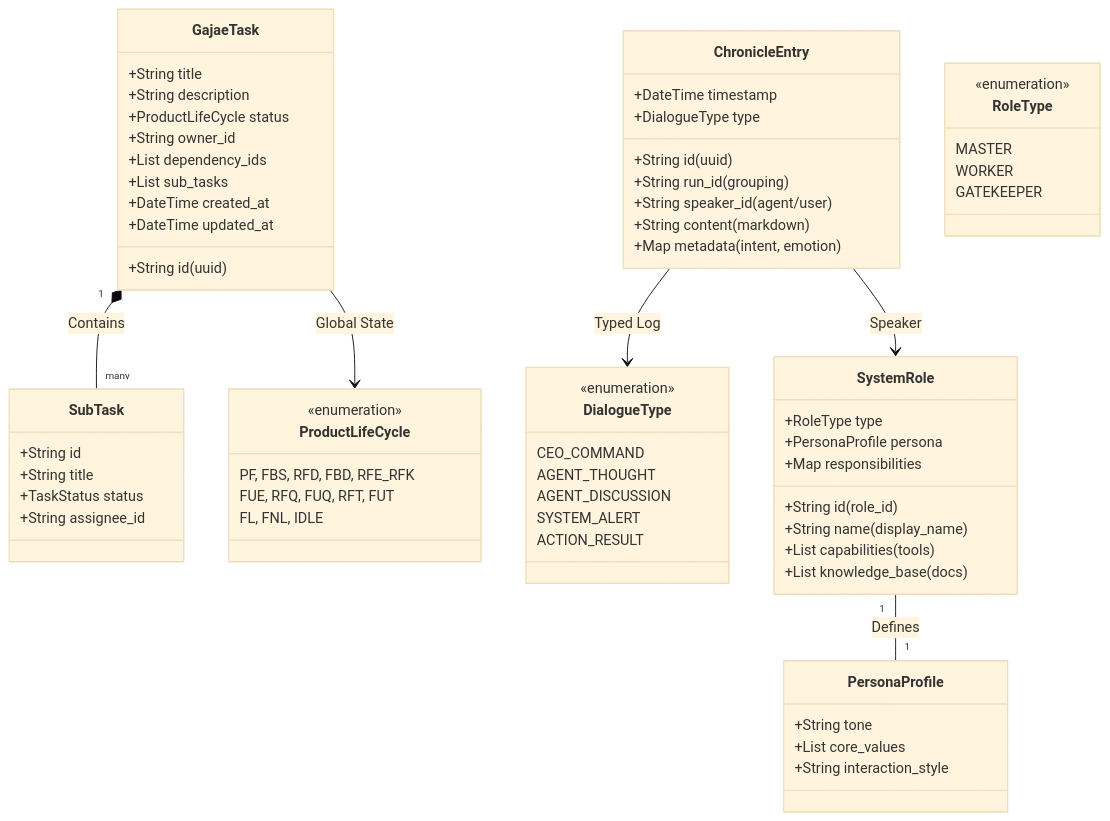
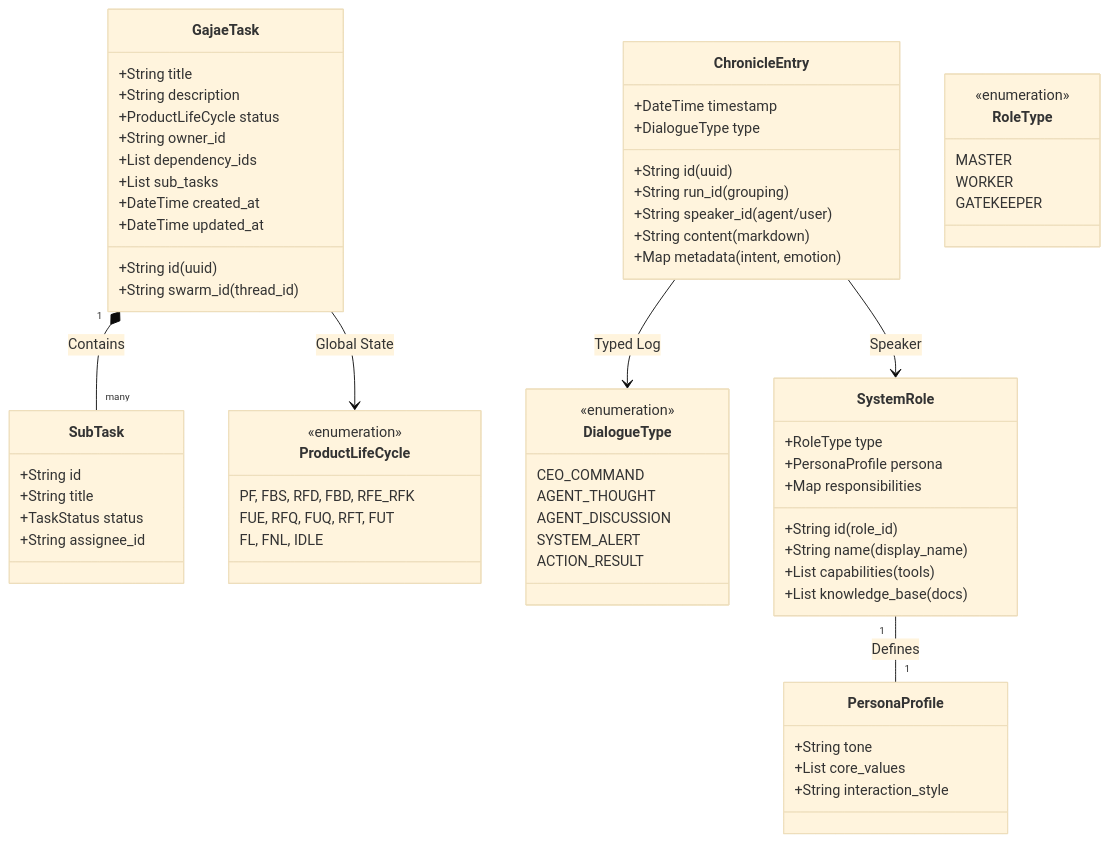
The second of 5 diagrams in docs/core/process/SYSTEM_DESIGN_V1_0.md (yuna-studio/yuna-openclaw), drawn with Mermaid (base theme) before and after one commit. The commit also changed other lines of this file, not shown here.

````diff
--- a/docs/core/process/SYSTEM_DESIGN_V1_0.md
+++ b/docs/core/process/SYSTEM_DESIGN_V1_0.md
@@ -47,79 +52,80 @@
 ```mermaid
 classDiagram
     %% Core Entities
     class SystemRole {
         +String id (role_id)
         +String name (display_name)
         +RoleType type
         +PersonaProfile persona
         +Map responsibilities
         +List capabilities (tools)
         +List knowledge_base (docs)
     }
 
     class PersonaProfile {
         +String tone
         +List core_values
         +String interaction_style
     }
 
     class GajaeTask {
         +String id (uuid)
+        +String swarm_id (thread_id)
         +String title
         +String description
         +ProductLifeCycle status
         +String owner_id
         +List dependency_ids
         +List sub_tasks
         +DateTime created_at
         +DateTime updated_at
     }
 
     class SubTask {
         +String id
         +String title
         +TaskStatus status
         +String assignee_id
     }
 
     class ChronicleEntry {
         +String id (uuid)
         +String run_id (grouping)
         +DateTime timestamp
         +String speaker_id (agent/user)
         +DialogueType type
         +String content (markdown)
         +Map metadata (intent, emotion)
     }
 
     %% Enums
     class ProductLifeCycle {
         <<enumeration>>
         PF, FBS, RFD, FBD, RFE_RFK
         FUE, RFQ, FUQ, RFT, FUT
         FL, FNL, IDLE
     }
 
     class DialogueType {
         <<enumeration>>
         CEO_COMMAND
         AGENT_THOUGHT
         AGENT_DISCUSSION
         SYSTEM_ALERT
         ACTION_RESULT
     }
 
     class RoleType {
         <<enumeration>>
         MASTER
         WORKER
         GATEKEEPER
     }
 
     %% Relationships
     SystemRole "1" -- "1" PersonaProfile : Defines
     GajaeTask "1" *-- "many" SubTask : Contains
     GajaeTask --> ProductLifeCycle : Global State
     ChronicleEntry --> DialogueType : Typed Log
     ChronicleEntry --> SystemRole : Speaker
 ```
````
